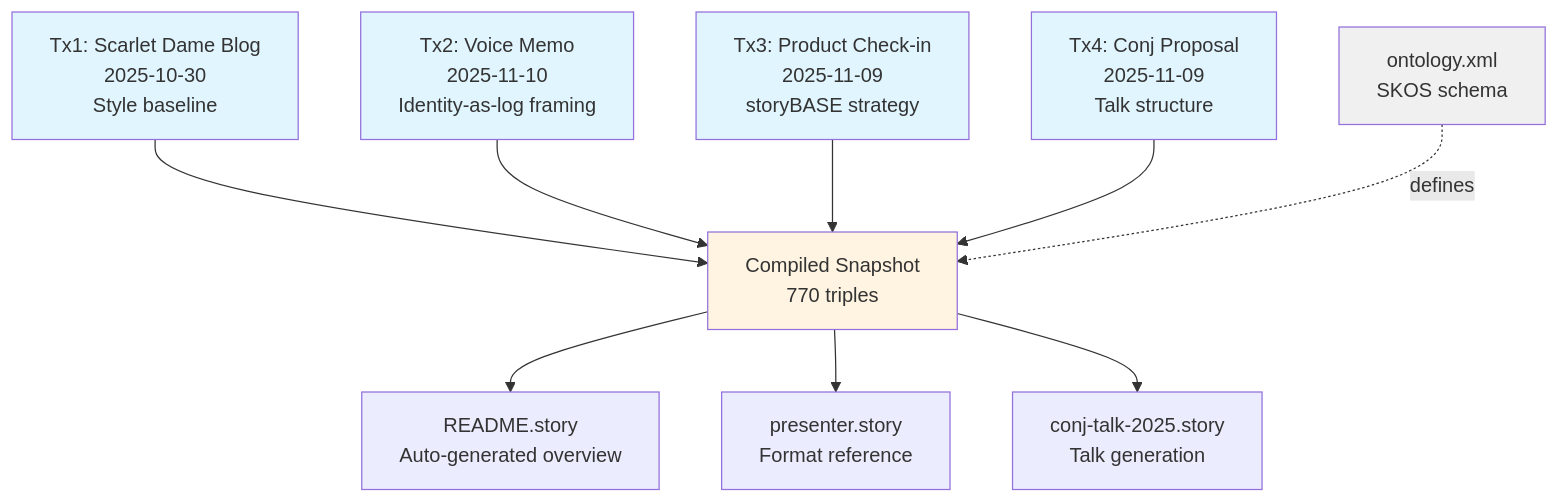
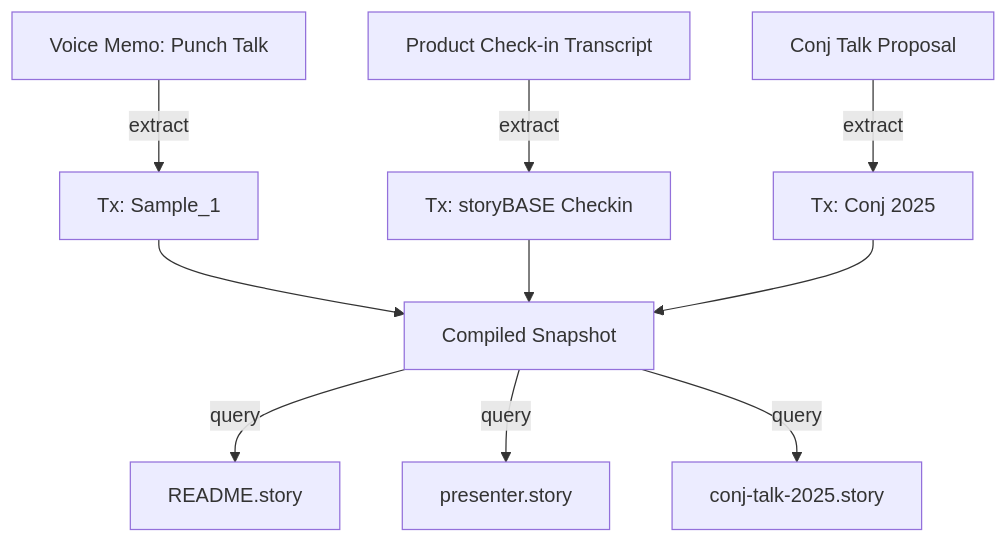
One commit to Synthetic-Identity-Co/conj-talk-2025 changed the first of 3 diagrams in README.md. Above: the diagram before and after it, drawn with Mermaid. The commit also changed other lines of this file, not shown here.

Commit message:
story:  973bc948f44af246a2a37f7c6466e56621d97a3d

````diff
--- a/README.md
+++ b/README.md
@@ -167,20 +125,12 @@
 ```mermaid
 graph TD
-    Tx1[Tx1: Scarlet Dame Blog<br/>2025-10-30<br/>Style baseline] --> Snapshot[Compiled Snapshot<br/>770 triples]
-    Tx2[Tx2: Voice Memo<br/>2025-11-10<br/>Identity-as-log framing] --> Snapshot
-    Tx3[Tx3: Product Check-in<br/>2025-11-09<br/>storyBASE strategy] --> Snapshot
-    Tx4[Tx4: Conj Proposal<br/>2025-11-09<br/>Talk structure] --> Snapshot
-    
-    Snapshot --> README[README.story<br/>Auto-generated overview]
-    Snapshot --> Presenter[presenter.story<br/>Format reference]
-    Snapshot --> Conj[conj-talk-2025.story<br/>Talk generation]
-    
-    Ontology[ontology.xml<br/>SKOS schema] -.defines.-> Snapshot
-    
-    style Tx1 fill:#e1f5ff
-    style Tx2 fill:#e1f5ff
-    style Tx3 fill:#e1f5ff
-    style Tx4 fill:#e1f5ff
-    style Snapshot fill:#fff4e1
-    style Ontology fill:#f0f0f0
+    A[Voice Memo: Punch Talk] -->|extract| B[Tx: Sample_1]
+    C[Product Check-in Transcript] -->|extract| D[Tx: storyBASE Checkin]
+    E[Conj Talk Proposal] -->|extract| F[Tx: Conj 2025]
+    B --> G[Compiled Snapshot]
+    D --> G
+    F --> G
+    G -->|query| H[README.story]
+    G -->|query| I[presenter.story]
+    G -->|query| J[conj-talk-2025.story]
 ```
````
